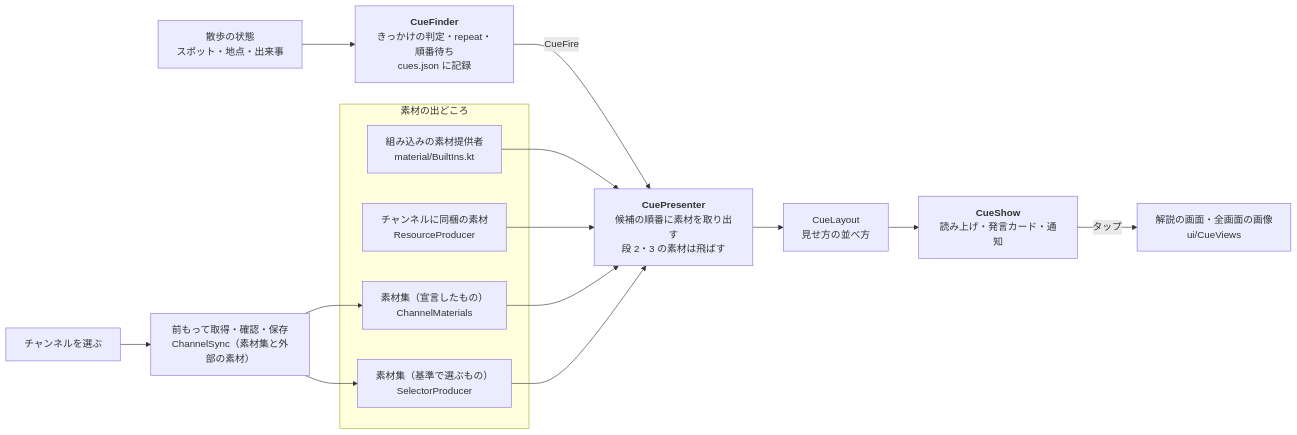
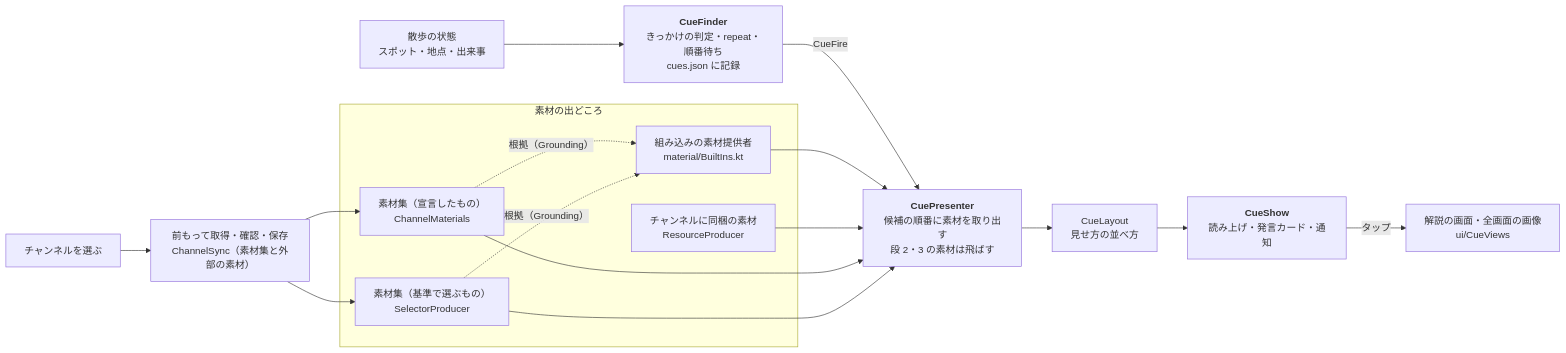
The eighth of 8 diagrams in docs/architecture.md (duwenji/yorisoi-sanpoguide), drawn with Mermaid before and after one commit. The commit also changed other lines of this file and 1 other file, not shown here.

First line of the commit message:
docs: 構造図を今のコードに合わせる

````diff
--- a/docs/architecture.md
+++ b/docs/architecture.md
@@ -247,17 +259,18 @@
 ```mermaid
 flowchart LR
   subgraph SRC["素材の出どころ"]
     BuiltIn["組み込みの素材提供者<br/>material/BuiltIns.kt"]
     Res["チャンネルに同梱の素材<br/>ResourceProducer"]
     Col["素材集（宣言したもの）<br/>ChannelMaterials"]
     Sel["素材集（基準で選ぶもの）<br/>SelectorProducer"]
   end
   Choose["チャンネルを選ぶ"] --> Fetch["前もって取得・確認・保存<br/>ChannelSync（素材集と外部の素材）"]
   Fetch --> Col & Sel
   Walk["散歩の状態<br/>スポット・地点・出来事"] --> Finder["<b>CueFinder</b><br/>きっかけの判定・repeat・順番待ち<br/>cues.json に記録"]
   Finder -- "CueFire" --> Presenter["<b>CuePresenter</b><br/>候補の順番に素材を取り出す<br/>段 2・3 の素材は飛ばす"]
   BuiltIn & Res & Col & Sel --> Presenter
+  Col & Sel -. "根拠（Grounding）" .-> BuiltIn
   Presenter --> Layout["CueLayout<br/>見せ方の並べ方"]
   Layout --> Show["<b>CueShow</b><br/>読み上げ・発言カード・通知"]
   Show -- "タップ" --> Sheet["解説の画面・全画面の画像<br/>ui/CueViews"]
 ```
````
